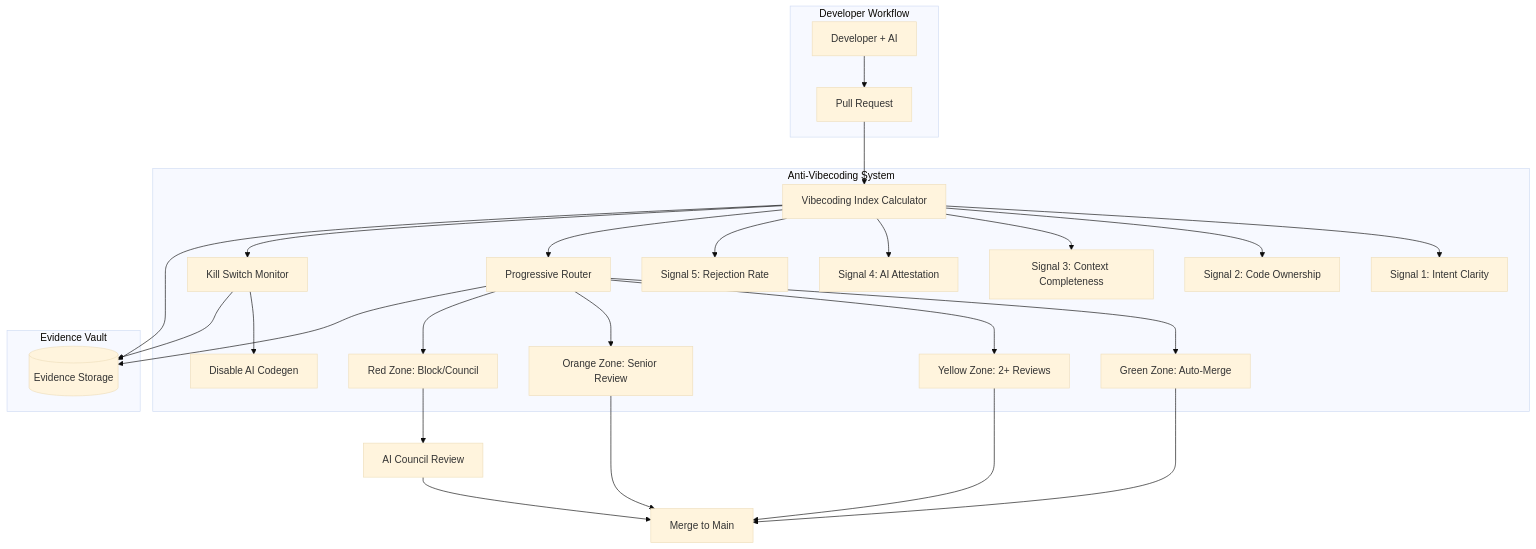
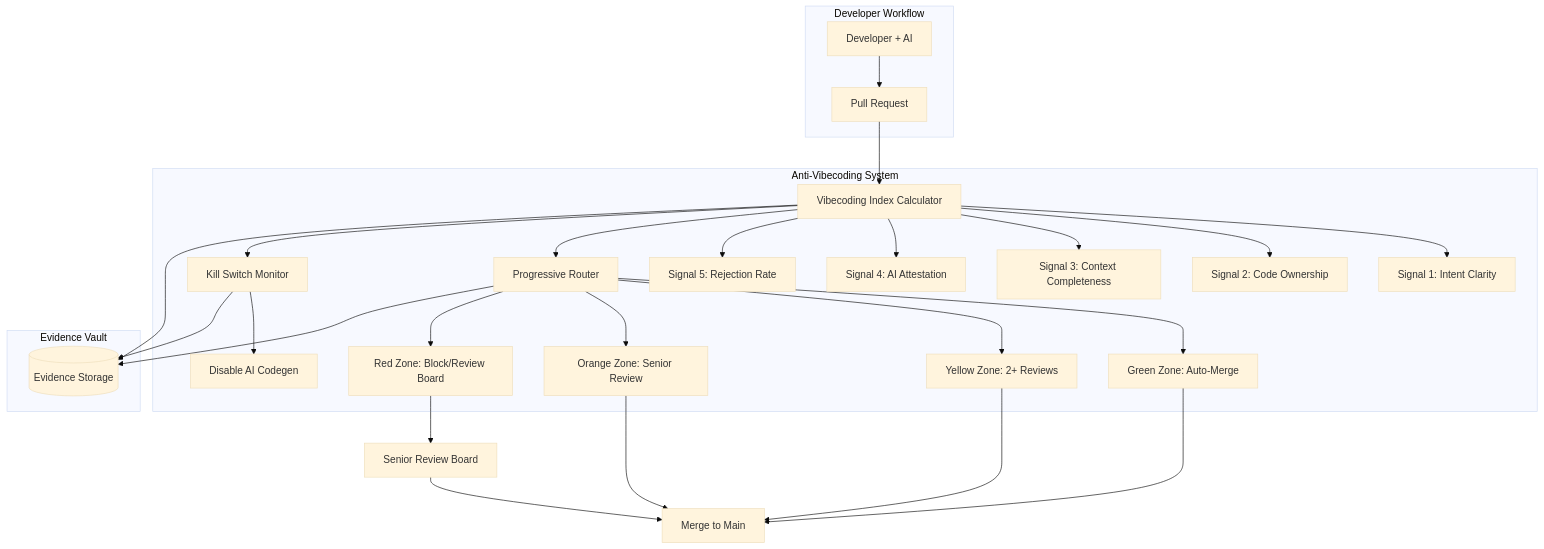
The diagram in 05-Templates-Tools/01-Specification-Standard/SPEC-0001-Anti-Vibecoding.md (Minh-Tam-Solution/SDLC-Enterprise-Framework), drawn with Mermaid (base theme) before and after one commit. The commit also changed other lines of this file and 173 other files, not shown here.

First line of the commit message:
feat(SDLC 6.1.1): Post-cleanup patch — Senior Review Board + archive + Conversation-First Governance + version bump

````diff
--- a/05-Templates-Tools/01-Specification-Standard/SPEC-0001-Anti-Vibecoding.md
+++ b/05-Templates-Tools/01-Specification-Standard/SPEC-0001-Anti-Vibecoding.md
@@ -98,36 +98,36 @@
 ```mermaid
 graph TB
     subgraph "Developer Workflow"
         DEV[Developer + AI] --> PR[Pull Request]
     end
 
     subgraph "Anti-Vibecoding System"
         PR --> VI[Vibecoding Index Calculator]
         VI --> S1[Signal 1: Intent Clarity]
         VI --> S2[Signal 2: Code Ownership]
         VI --> S3[Signal 3: Context Completeness]
         VI --> S4[Signal 4: AI Attestation]
         VI --> S5[Signal 5: Rejection Rate]
 
         VI --> ROUTER[Progressive Router]
         ROUTER --> GREEN[Green Zone: Auto-Merge]
         ROUTER --> YELLOW[Yellow Zone: 2+ Reviews]
         ROUTER --> ORANGE[Orange Zone: Senior Review]
-        ROUTER --> RED[Red Zone: Block/Council]
+        ROUTER --> RED[Red Zone: Block/Review Board]
 
         VI --> KS[Kill Switch Monitor]
         KS --> DISABLE[Disable AI Codegen]
     end
 
     subgraph "Evidence Vault"
         VI --> EV[(Evidence Storage)]
         ROUTER --> EV
         KS --> EV
     end
 
     GREEN --> MERGE[Merge to Main]
     YELLOW --> MERGE
     ORANGE --> MERGE
-    RED --> COUNCIL[AI Council Review]
-    COUNCIL --> MERGE
+    RED --> REVIEW_BOARD[Senior Review Board]
+    REVIEW_BOARD --> MERGE
 ```
````
